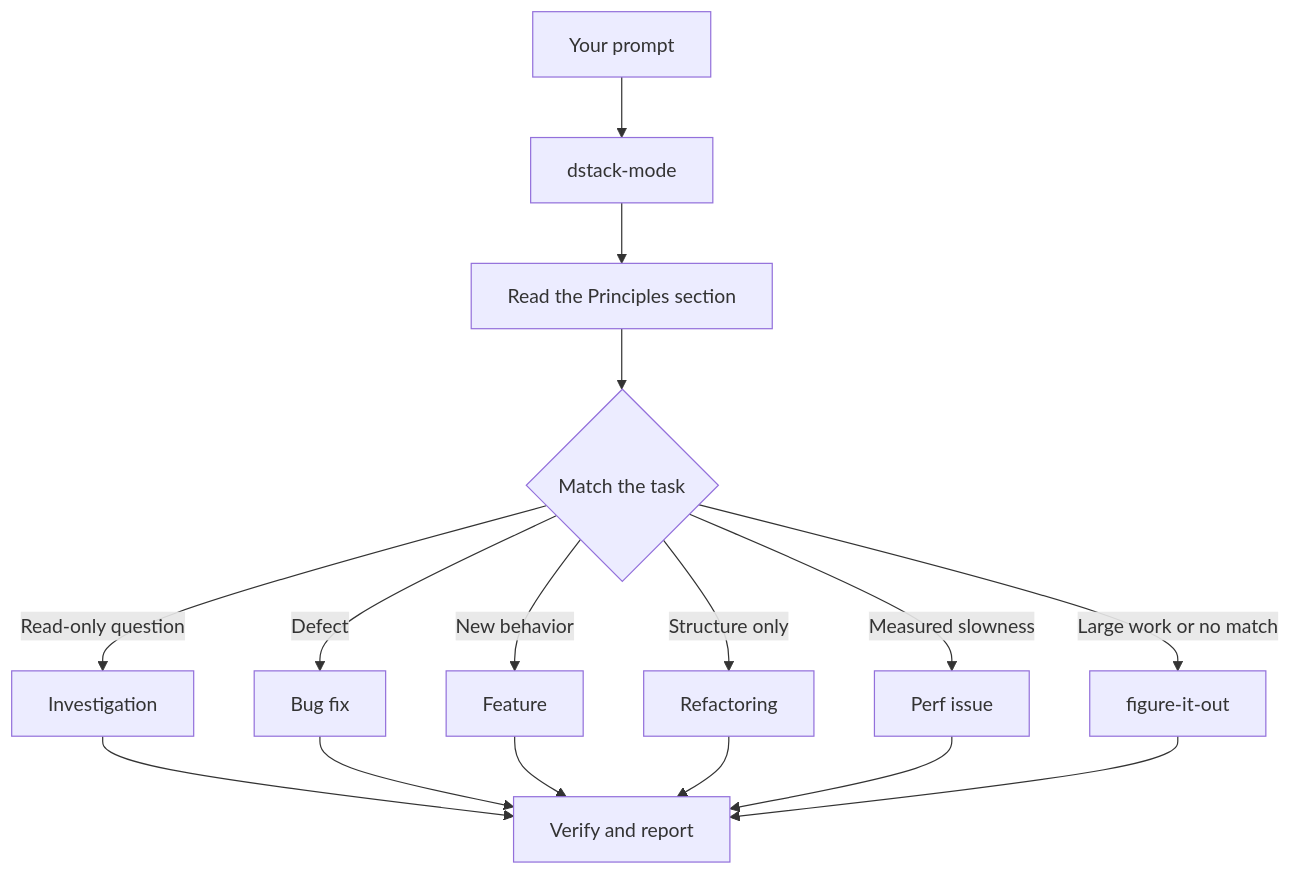
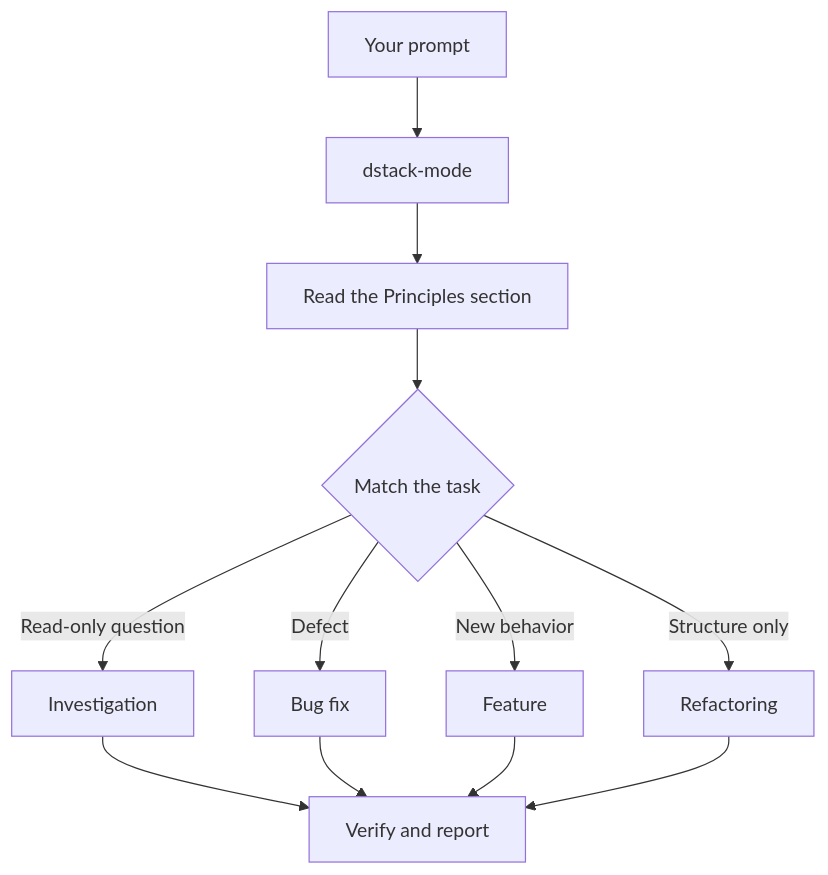
One commit to dimitriskourg/dstack changed the diagram in skills/dstack-help/references/guide/02-dstack-mode.md. Above: the diagram before and after it, drawn with Mermaid. The commit also changed other lines of this file and 77 other files, not shown here.

````diff
--- a/skills/dstack-help/references/guide/02-dstack-mode.md
+++ b/skills/dstack-help/references/guide/02-dstack-mode.md
@@ -7,18 +7,14 @@
 ```mermaid
 flowchart TD
     A[Your prompt] --> B[dstack-mode]
     B --> C[Read the Principles section]
     C --> D{Match the task}
     D -->|Read-only question| E[Investigation]
     D -->|Defect| F[Bug fix]
     D -->|New behavior| G[Feature]
     D -->|Structure only| H[Refactoring]
-    D -->|Measured slowness| I[Perf issue]
-    D -->|Large work or no match| J[figure-it-out]
     E --> K[Verify and report]
     F --> K
     G --> K
     H --> K
-    I --> K
-    J --> K
 ```
````
